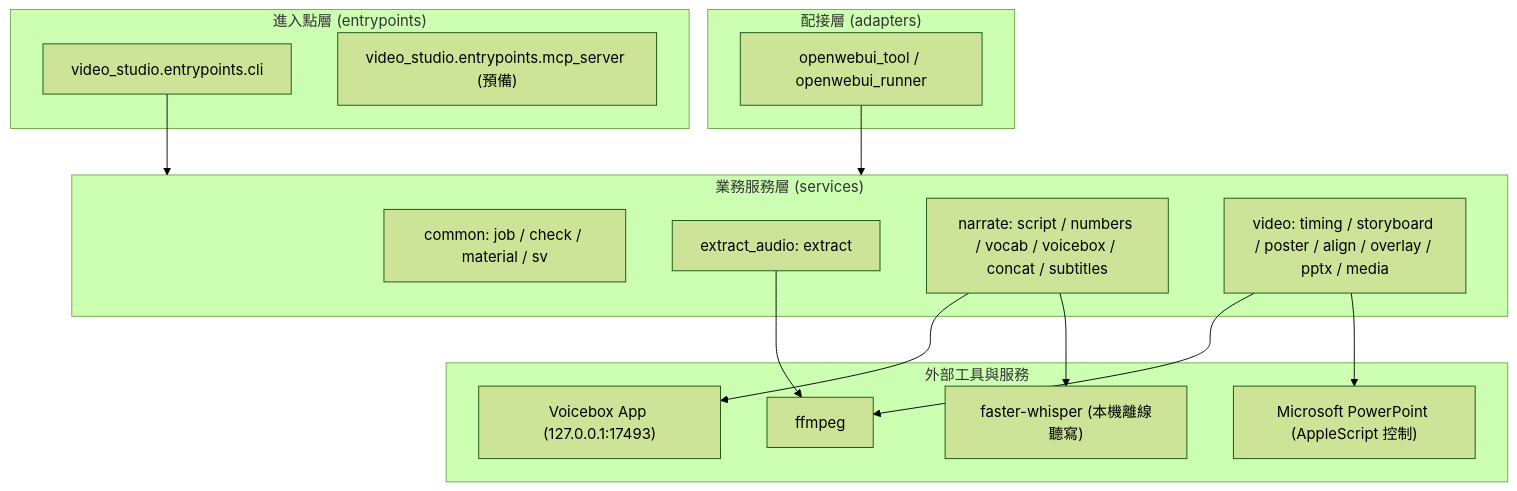
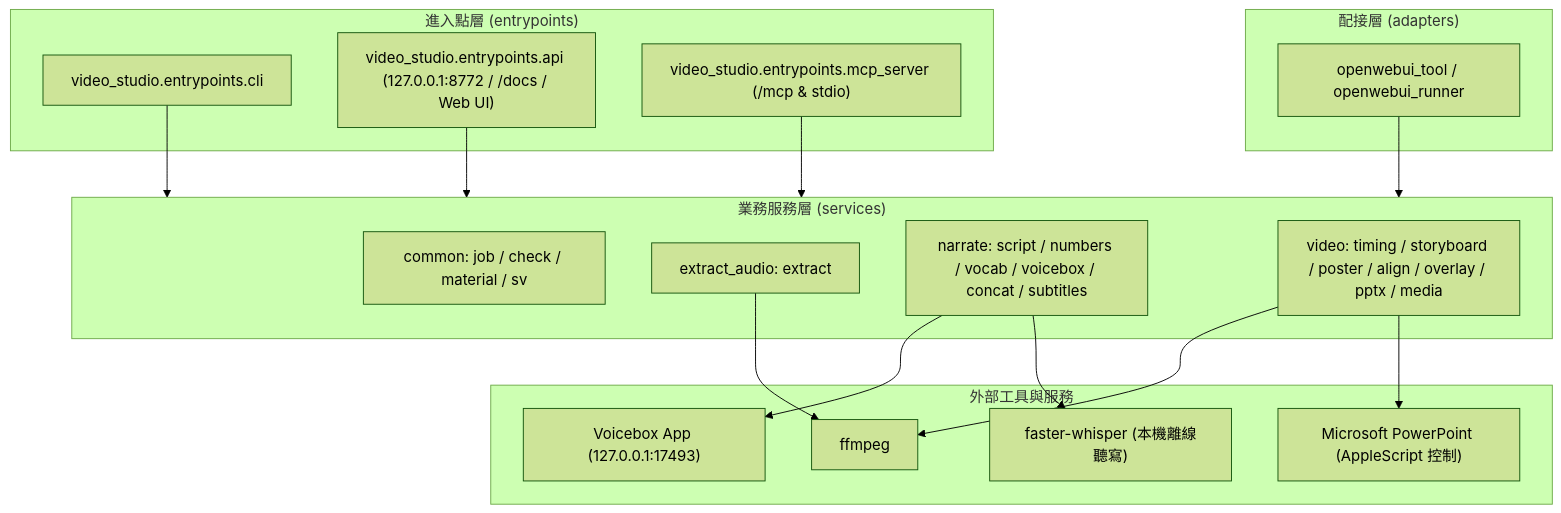
The diagram in docs/architecture/ARCHITECTURE.md (chinkunlim/video-studio), drawn with Mermaid (forest theme) before and after one commit. The commit also changed other lines of this file and 24 other files, not shown here.

First line of the commit message:
feat(api): add FastAPI HTTP API, MCP server, Web UI, and tool configs (TASK-008) [agent:antigravity]

````diff
--- a/docs/architecture/ARCHITECTURE.md
+++ b/docs/architecture/ARCHITECTURE.md
@@ -15,33 +15,36 @@
 ```mermaid
 flowchart TD
     subgraph Ent["進入點層 (entrypoints)"]
         CLI["video_studio.entrypoints.cli"]
-        MCP["video_studio.entrypoints.mcp_server (預備)"]
+        API["video_studio.entrypoints.api (127.0.0.1:8772 / /docs / Web UI)"]
+        MCP["video_studio.entrypoints.mcp_server (/mcp & stdio)"]
     end
 
     subgraph Ada["配接層 (adapters)"]
         OWUI["openwebui_tool / openwebui_runner"]
     end
 
     subgraph Srv["業務服務層 (services)"]
         SV["common: job / check / material / sv"]
         Ext["extract_audio: extract"]
         Nar["narrate: script / numbers / vocab / voicebox / concat / subtitles"]
         Vid["video: timing / storyboard / poster / align / overlay / pptx / media"]
     end
 
     subgraph ExtSvc["外部工具與服務"]
         VB["Voicebox App (127.0.0.1:17493)"]
         FF["ffmpeg"]
         PPT["Microsoft PowerPoint (AppleScript 控制)"]
         WH["faster-whisper (本機離線聽寫)"]
     end
 
     CLI --> Srv
+    API --> Srv
+    MCP --> Srv
     OWUI --> Srv
     Ext --> FF
     Nar --> VB
     Nar --> WH
     Vid --> FF
     Vid --> PPT
 ```
````
